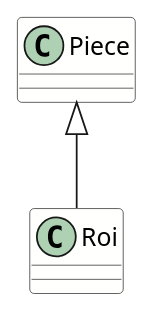
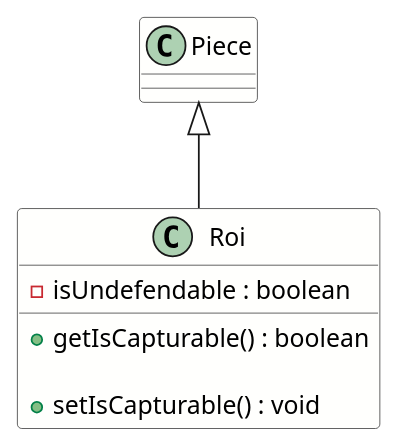
One commit to Lienub/ChessGame changed the diagram in uml/Pieces/Roi.puml. Above: the diagram before and after it, drawn with PlantUML. The commit also changed 8 other files, not shown here.

```diff
--- a/uml/Pieces/Roi.puml
+++ b/uml/Pieces/Roi.puml
@@ -1,9 +1,13 @@
 @startuml
 skinparam classBorderColor #4F4F4F
 skinparam classBackgroundColor #FFFFFD
 
 class Roi extends Piece{
+    - isUndefendable : boolean
 
+    + getIsCapturable() : boolean
+    
+    + setIsCapturable() : void
 }
 
 @enduml
```
